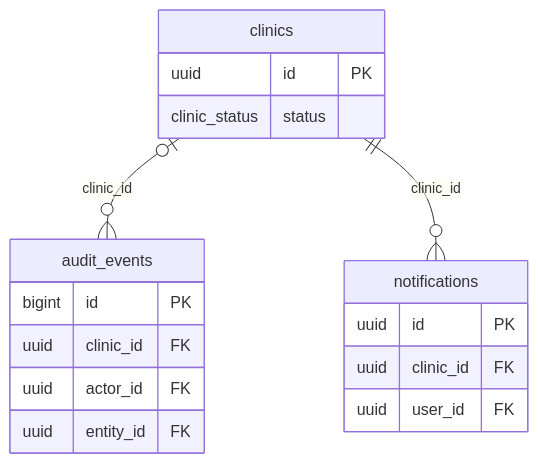
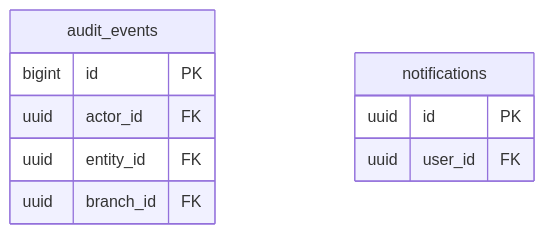
Before and after one commit to Vxoratech/drujjwalkarangale: the fifth of 5 diagrams in docs/ERD.md, drawn with Mermaid. The commit also changed other lines of this file and 153 other files, not shown here.

First line of the commit message:
Rebuild Vaidyora as a single-doctor, multi-branch clinic

````diff
--- a/docs/ERD.md
+++ b/docs/ERD.md
@@ -292,20 +279,13 @@
 ```mermaid
 erDiagram
-  clinics {
-    uuid id PK
-    clinic_status status
-  }
   audit_events {
     bigint id PK
-    uuid clinic_id FK
     uuid actor_id FK
     uuid entity_id FK
+    uuid branch_id FK
   }
   notifications {
     uuid id PK
-    uuid clinic_id FK
     uuid user_id FK
   }
-  clinics |o--o{ audit_events : "clinic_id"
-  clinics ||--o{ notifications : "clinic_id"
 ```
````
